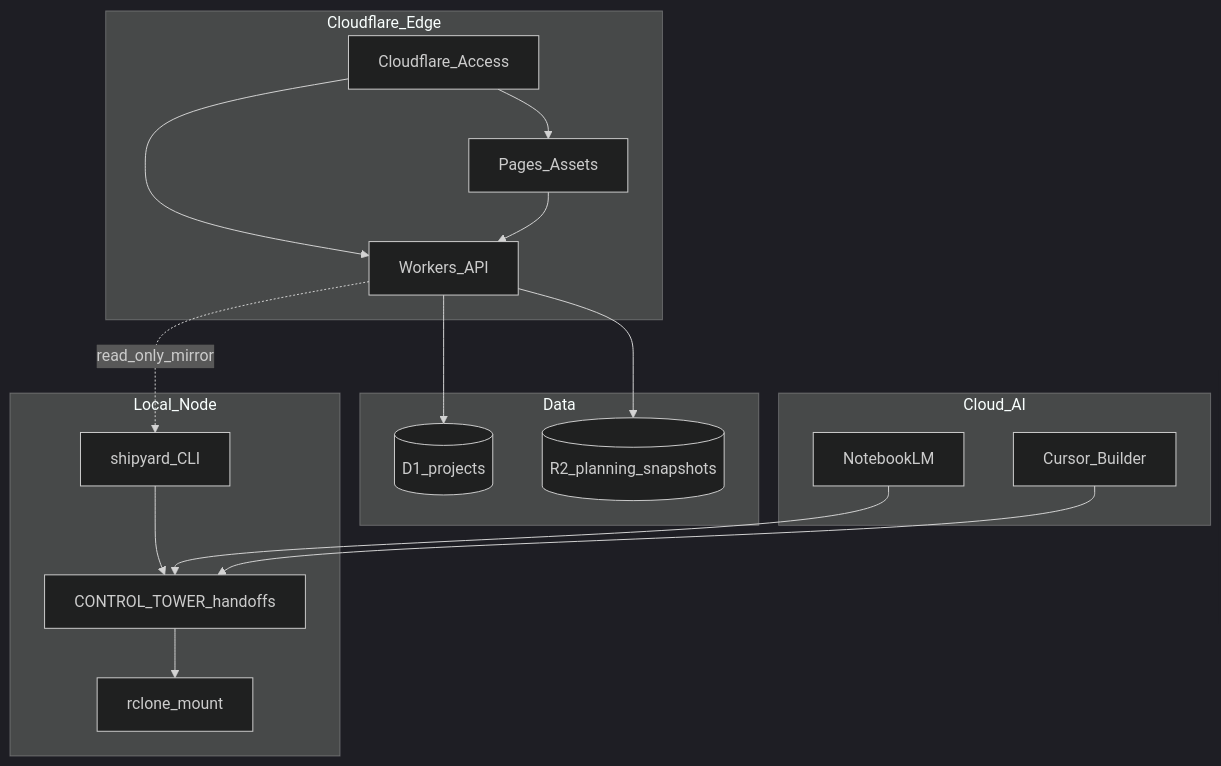
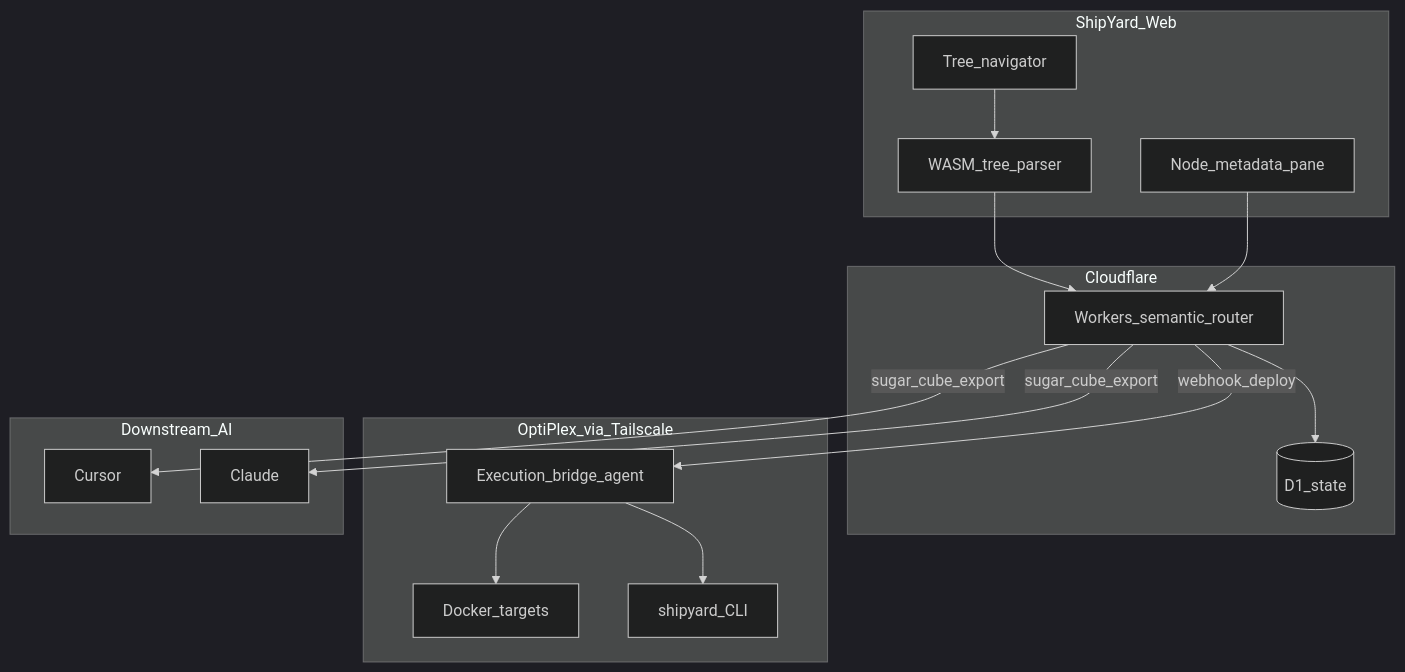
One commit to shaneturon3-web/ControlTower changed the diagram in 05_HANDOFFS/projects/SHIPYARD/planning/sprints/001-discovery-architecture/blueprint.md. Above: the diagram before and after it, drawn with Mermaid (dark theme). The commit also changed other lines of this file and 5 other files, not shown here.

First line of the commit message:
Update SHIPYARD Architect Pack 001 for active orchestration node.

````diff
--- a/05_HANDOFFS/projects/SHIPYARD/planning/sprints/001-discovery-architecture/blueprint.md
+++ b/05_HANDOFFS/projects/SHIPYARD/planning/sprints/001-discovery-architecture/blueprint.md
@@ -9,31 +11,30 @@
 ```mermaid
 flowchart TB
-  subgraph edge [Cloudflare_Edge]
-    Access[Cloudflare_Access]
-    Pages[Pages_Assets]
-    Worker[Workers_API]
+  subgraph ui [ShipYard_Web]
+    TreeNav[Tree_navigator]
+    WasmParser[WASM_tree_parser]
+    SidePane[Node_metadata_pane]
   end
-  subgraph data [Data]
-    D1[(D1_projects)]
-    R2[(R2_planning_snapshots)]
+  subgraph edge [Cloudflare]
+    Worker[Workers_semantic_router]
+    D1[(D1_state)]
   end
-  subgraph local [Local_Node]
+  subgraph local [OptiPlex_via_Tailscale]
+    Bridge[Execution_bridge_agent]
+    Docker[Docker_targets]
     CLI[shipyard_CLI]
-    Tower[CONTROL_TOWER_handoffs]
-    Rclone[rclone_mount]
   end
-  subgraph ai [Cloud_AI]
-    NLM[NotebookLM]
-    Cursor[Cursor_Builder]
+  subgraph ai [Downstream_AI]
+    Cursor[Cursor]
+    Claude[Claude]
   end
-  Access --> Pages
-  Access --> Worker
-  Pages --> Worker
+  TreeNav --> WasmParser
+  WasmParser --> Worker
+  SidePane --> Worker
   Worker --> D1
-  Worker --> R2
-  CLI --> Tower
-  Tower --> Rclone
-  NLM --> Tower
-  Worker -.->|read_only_mirror| CLI
-  Cursor --> Tower
+  Worker -->|webhook_deploy| Bridge
+  Bridge --> Docker
+  Bridge --> CLI
+  Worker -->|sugar_cube_export| Cursor
+  Worker -->|sugar_cube_export| Claude
 ```
````
